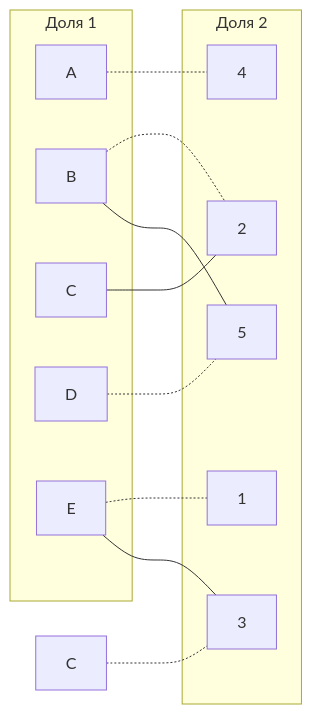
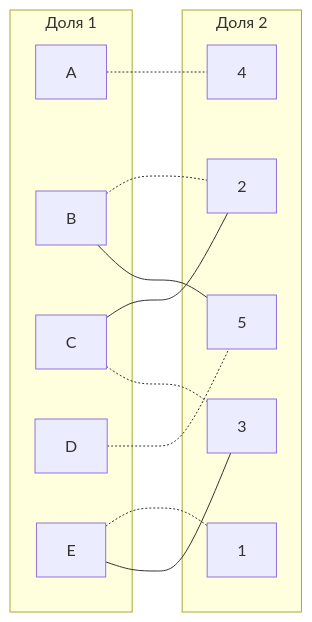
The eighth of 8 diagrams in task_13/TwoPizza_task_13.md (HSE-algo-23-owl/manual_tasks), drawn with Mermaid before and after one commit. The commit also changed other lines of this file, not shown here.

````diff
--- a/task_13/TwoPizza_task_13.md
+++ b/task_13/TwoPizza_task_13.md
@@ -204,25 +204,25 @@
 ```mermaid
 graph LR
     subgraph "Доля 1"
         A[A]
         B[B]
         C[C]
         D[D]
         E[E]
     end
     subgraph "Доля 2"
         1[1]
         2[2]
         3[3]
         4[4]
         5[5]
     end
     A -.- 4
     B -.- 2
     B --- 5
     C --- 2
-    С -.- 3
+    C -.- 3
     D -.- 5
     E -.- 1
     E --- 3
 ```
````
